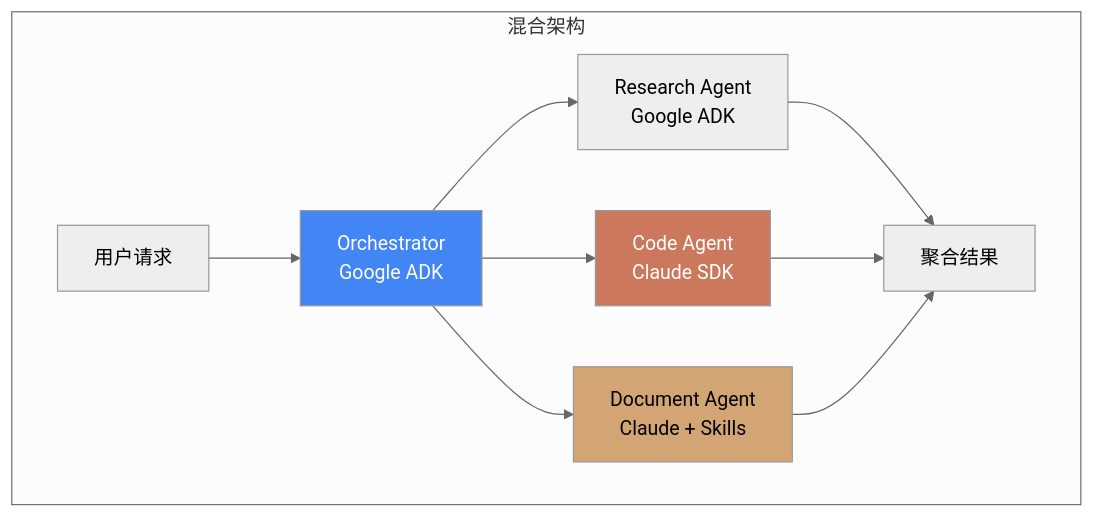
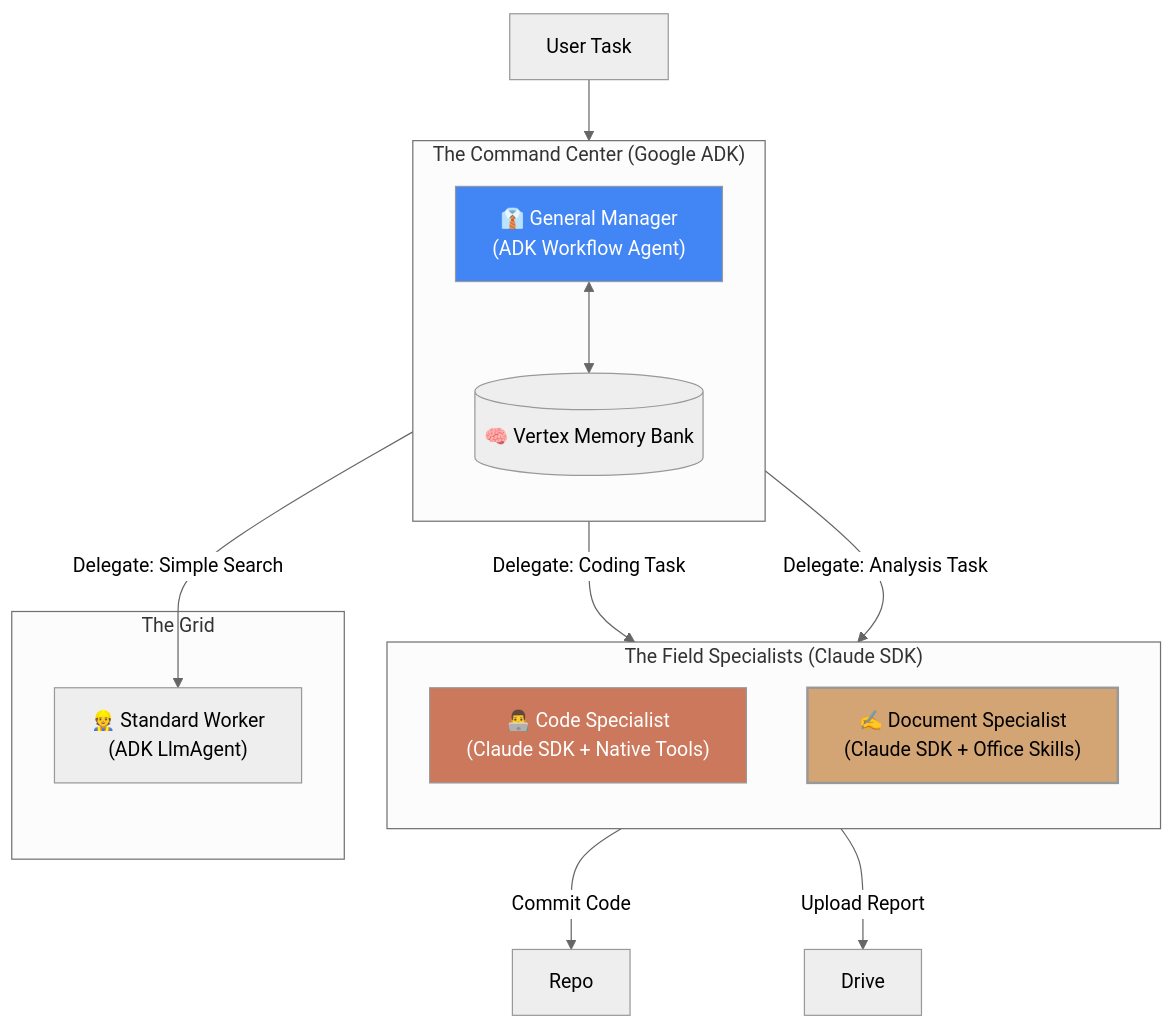
Before and after one commit to ThreeFish-AI/agentic-ai-cognizes: diagram 14 of 14 in docs/research/020-agent-frameworks.md, drawn with Mermaid (neutral theme). The commit also changed other lines of this file, not shown here.

First line of the commit message:
docs(Agent Frameworks): 全面重构实施指引章节为「牛刀小试」

````diff
--- a/docs/research/020-agent-frameworks.md
+++ b/docs/research/020-agent-frameworks.md
@@ -1527,18 +1598,33 @@
 ```mermaid
 graph TB
-    subgraph "混合架构"
-        U[用户请求] --> O[Orchestrator<br/>Google ADK]
+    subgraph "The Command Center (Google ADK)"
+        direction TB
+        Orchestrator["👔 General Manager<br/>(ADK Workflow Agent)"]
+        Memory[(🧠 Vertex Memory Bank)]
 
-        O --> A1[Research Agent<br/>Google ADK]
-        O --> A2[Code Agent<br/>Claude SDK]
-        O --> A3[Document Agent<br/>Claude + Skills]
-
-        A1 --> R[聚合结果]
-        A2 --> R
-        A3 --> R
+        Orchestrator <--> Memory
     end
 
-    style O fill:#4285f4,color:white
-    style A2 fill:#cc785c,color:white
-    style A3 fill:#d4a574,color:black
+    subgraph "The Field Specialists (Claude SDK)"
+        direction TB
+        CodeSpec["👨‍💻 Code Specialist<br/>(Claude SDK + Native Tools)"]
+        DocSpec["✍️ Document Specialist<br/>(Claude SDK + Office Skills)"]
+    end
+
+    subgraph "The Grid"
+        Worker["👷 Standard Worker<br/>(ADK LlmAgent)"]
+    end
+
+    U[User Task] --> Orchestrator
+
+    Orchestrator --"Delegate: Coding Task"--> CodeSpec
+    Orchestrator --"Delegate: Analysis Task"--> DocSpec
+    Orchestrator --"Delegate: Simple Search"--> Worker
+
+    CodeSpec --"Commit Code"--> Repo
+    DocSpec --"Upload Report"--> Drive
+
+    style Orchestrator fill:#4285f4,color:white
+    style CodeSpec fill:#cc785c,color:white
+    style DocSpec fill:#d4a574,color:black,stroke-width:2px
 ```
````
